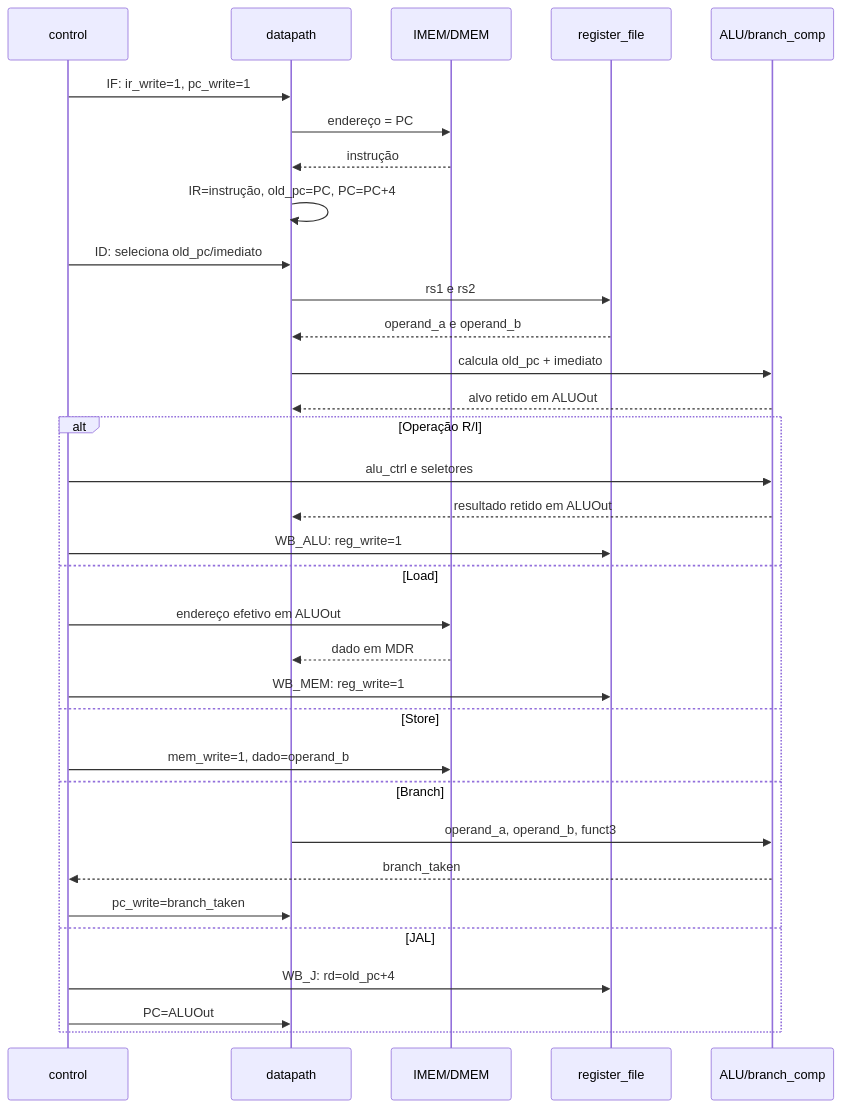
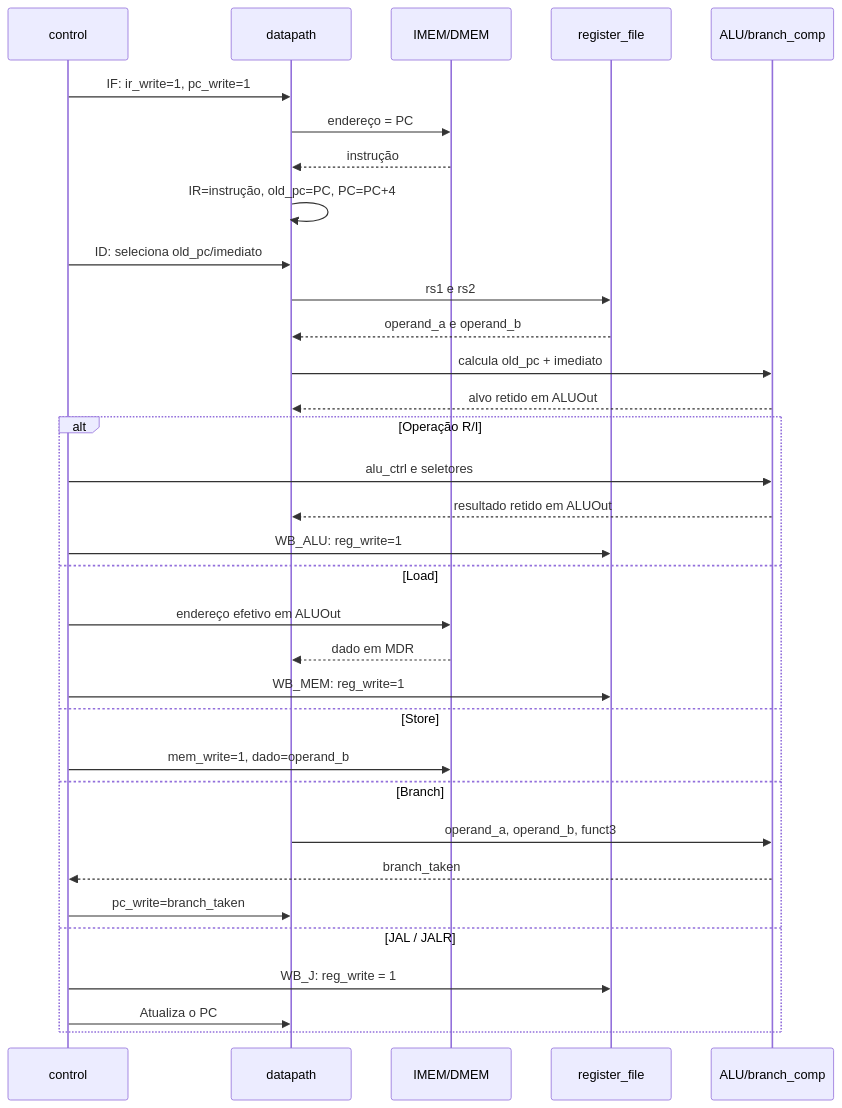
One commit to Stecken/asic_riscv_dms changed the fourth of 7 diagrams in docs/README-architecture-flow.md. Above: the diagram before and after it, drawn with Mermaid. The commit also changed other lines of this file and 2 other files, not shown here.

````diff
--- a/docs/README-architecture-flow.md
+++ b/docs/README-architecture-flow.md
@@ -147,38 +147,38 @@
 ```mermaid
 sequenceDiagram
     participant C as control
     participant D as datapath
     participant M as IMEM/DMEM
     participant R as register_file
     participant A as ALU/branch_comp
 
     C->>D: IF: ir_write=1, pc_write=1
     D->>M: endereço = PC
     M-->>D: instrução
     D->>D: IR=instrução, old_pc=PC, PC=PC+4
 
     C->>D: ID: seleciona old_pc/imediato
     D->>R: rs1 e rs2
     R-->>D: operand_a e operand_b
     D->>A: calcula old_pc + imediato
     A-->>D: alvo retido em ALUOut
 
     alt Operação R/I
         C->>A: alu_ctrl e seletores
         A-->>D: resultado retido em ALUOut
         C->>R: WB_ALU: reg_write=1
     else Load
         C->>M: endereço efetivo em ALUOut
         M-->>D: dado em MDR
         C->>R: WB_MEM: reg_write=1
     else Store
         C->>M: mem_write=1, dado=operand_b
     else Branch
         D->>A: operand_a, operand_b, funct3
         A-->>C: branch_taken
         C->>D: pc_write=branch_taken
-    else JAL
-        C->>R: WB_J: rd=old_pc+4
-        C->>D: PC=ALUOut
+    else JAL / JALR
+        C->>R: WB_J: reg_write = 1
+        C->>D: Atualiza o PC
     end
 ```
````
